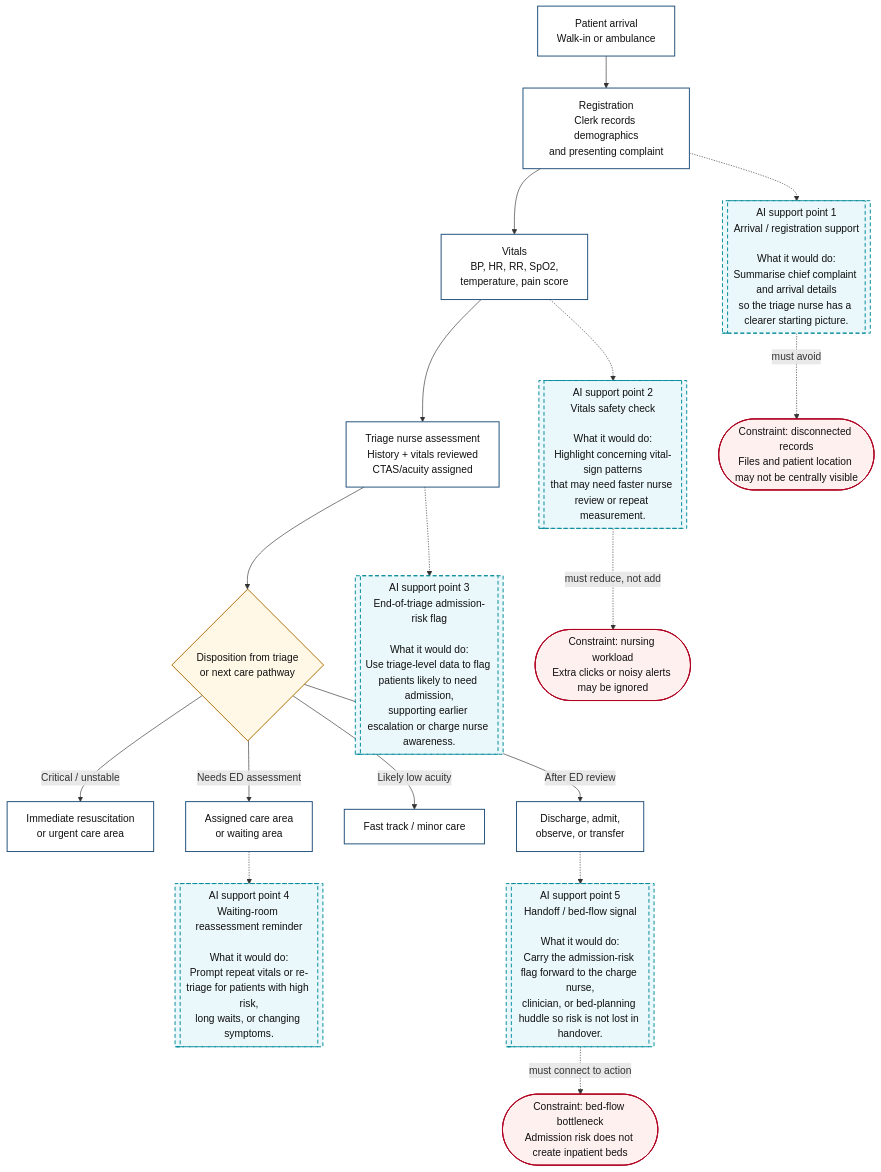
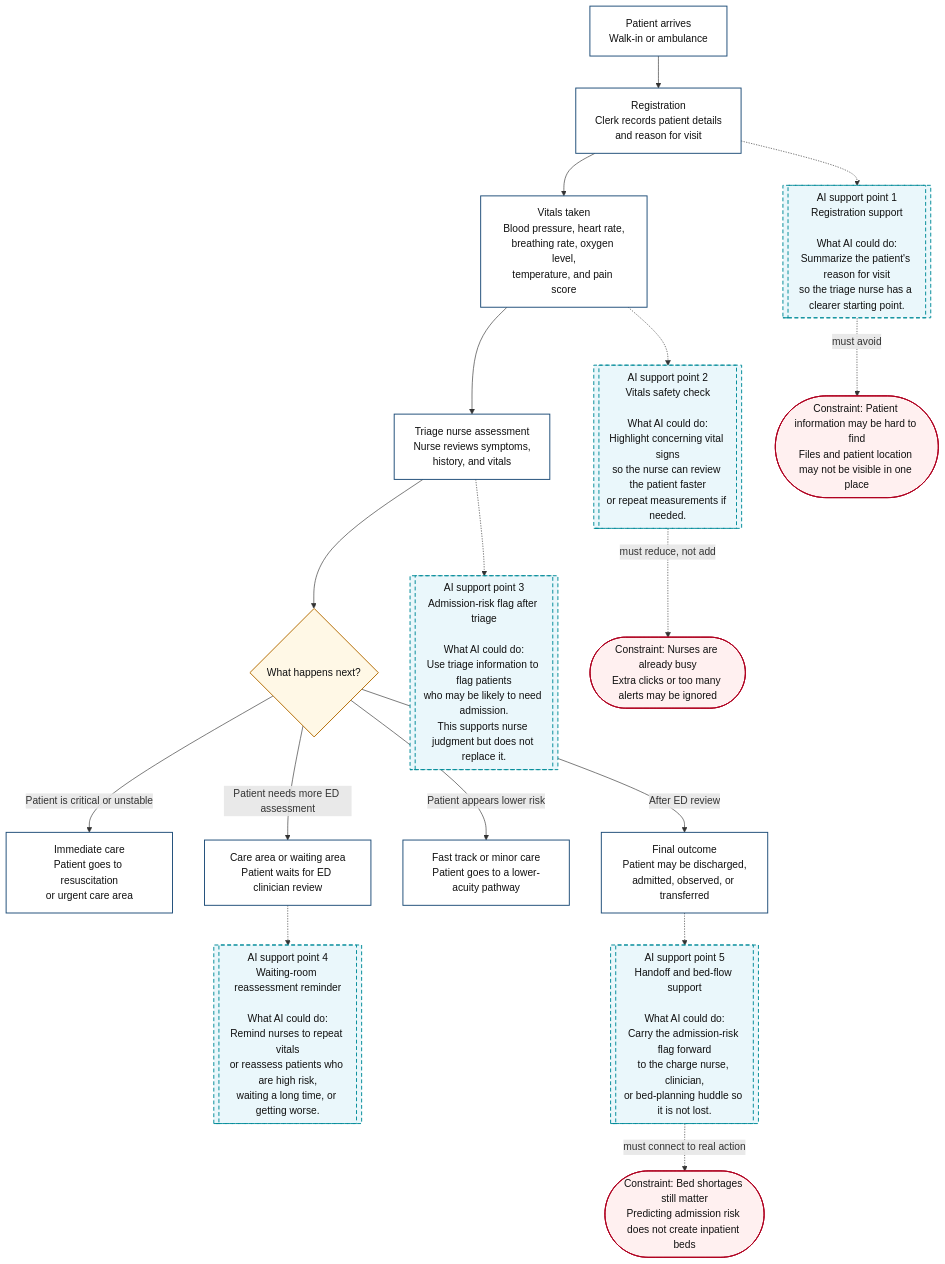
Before and after one commit to tinadams/carisurg-portfolio: the diagram in docs/week_0_workflow.md, drawn with Mermaid. The commit also changed other lines of this file, not shown here.

Commit message:
Update ED triage workflow diagram with AI support

````diff
--- a/docs/week_0_workflow.md
+++ b/docs/week_0_workflow.md
@@ -3,50 +1,55 @@
 ```mermaid
 flowchart TD
 
-A[Patient arrival<br/>Walk-in or ambulance] --> B[Registration<br/>Clerk records demographics<br/>and presenting complaint]
+A[Patient arrives<br/>Walk-in or ambulance] --> B[Registration<br/>Clerk records patient details<br/>and reason for visit]
 
-B --> C[Vitals<br/>BP, HR, RR, SpO2,<br/>temperature, pain score]
+B --> C[Vitals taken<br/>Blood pressure, heart rate,<br/>breathing rate, oxygen level,<br/>temperature, and pain score]
 
-C --> D[Triage nurse assessment<br/>History + vitals reviewed<br/>CTAS/acuity assigned]
+C --> D[Triage nurse assessment<br/>Nurse reviews symptoms,<br/>history, and vitals]
 
-D --> E{Disposition from triage<br/>or next care pathway}
+D --> E{What happens next?}
 
-E -->|Critical / unstable| F[Immediate resuscitation<br/>or urgent care area]
-E -->|Needs ED assessment| G[Assigned care area<br/>or waiting area]
-E -->|Likely low acuity| H[Fast track / minor care]
-E -->|After ED review| I[Discharge, admit,<br/>observe, or transfer]
+E -->|Patient is critical or unstable| F[Immediate care<br/>Patient goes to resuscitation<br/>or urgent care area]
 
-AI1[[AI support point 1<br/>Arrival / registration support<br/><br/>What it would do:<br/>Summarise chief complaint and arrival details<br/>so the triage nurse has a clearer starting picture.]]
+E -->|Patient needs more ED assessment| G[Care area or waiting area<br/>Patient waits for ED clinician review]
 
-AI2[[AI support point 2<br/>Vitals safety check<br/><br/>What it would do:<br/>Highlight concerning vital-sign patterns<br/>that may need faster nurse review or repeat measurement.]]
+E -->|Patient appears lower risk| H[Fast track or minor care<br/>Patient goes to a lower-acuity pathway]
 
-AI3[[AI support point 3<br/>End-of-triage admission-risk flag<br/><br/>What it would do:<br/>Use triage-level data to flag patients likely to need admission,<br/>supporting earlier escalation or charge nurse awareness.]]
+E -->|After ED review| I[Final outcome<br/>Patient may be discharged,<br/>admitted, observed, or transferred]
 
-AI4[[AI support point 4<br/>Waiting-room reassessment reminder<br/><br/>What it would do:<br/>Prompt repeat vitals or re-triage for patients with high risk,<br/>long waits, or changing symptoms.]]
+AI1[[AI support point 1<br/>Registration support<br/><br/>What AI could do:<br/>Summarize the patient's reason for visit<br/>so the triage nurse has a clearer starting point.]]
 
-AI5[[AI support point 5<br/>Handoff / bed-flow signal<br/><br/>What it would do:<br/>Carry the admission-risk flag forward to the charge nurse,<br/>clinician, or bed-planning huddle so risk is not lost in handover.]]
+AI2[[AI support point 2<br/>Vitals safety check<br/><br/>What AI could do:<br/>Highlight concerning vital signs<br/>so the nurse can review the patient faster<br/>or repeat measurements if needed.]]
+
+AI3[[AI support point 3<br/>Admission-risk flag after triage<br/><br/>What AI could do:<br/>Use triage information to flag patients<br/>who may be likely to need admission.<br/>This supports nurse judgment but does not replace it.]]
+
+AI4[[AI support point 4<br/>Waiting-room reassessment reminder<br/><br/>What AI could do:<br/>Remind nurses to repeat vitals<br/>or reassess patients who are high risk,<br/>waiting a long time, or getting worse.]]
+
+AI5[[AI support point 5<br/>Handoff and bed-flow support<br/><br/>What AI could do:<br/>Carry the admission-risk flag forward<br/>to the charge nurse, clinician,<br/>or bed-planning huddle so it is not lost.]]
 
 B -.-> AI1
 C -.-> AI2
 D -.-> AI3
 G -.-> AI4
 I -.-> AI5
 
-C1([Constraint: disconnected records<br/>Files and patient location may not be centrally visible])
-C2([Constraint: nursing workload<br/>Extra clicks or noisy alerts may be ignored])
-C3([Constraint: bed-flow bottleneck<br/>Admission risk does not create inpatient beds])
+C1([Constraint: Patient information may be hard to find<br/>Files and patient location may not be visible in one place])
+
+C2([Constraint: Nurses are already busy<br/>Extra clicks or too many alerts may be ignored])
+
+C3([Constraint: Bed shortages still matter<br/>Predicting admission risk does not create inpatient beds])
 
 AI1 -. must avoid .-> C1
 AI2 -. must reduce, not add .-> C2
-AI5 -. must connect to action .-> C3
+AI5 -. must connect to real action .-> C3
 
 classDef process fill:#ffffff,stroke:#1f4e79,stroke-width:1.5px,color:#111;
 classDef decision fill:#fff8e6,stroke:#b36b00,stroke-width:1.5px,color:#111;
 classDef ai fill:#eaf7fb,stroke:#008c99,stroke-width:1.5px,stroke-dasharray: 6 4,color:#111;
 classDef constraint fill:#fff0f0,stroke:#b00020,stroke-width:1.5px,color:#111;
 
 class A,B,C,D,F,G,H,I process;
 class E decision;
 class AI1,AI2,AI3,AI4,AI5 ai;
 class C1,C2,C3 constraint;
 ```
````
